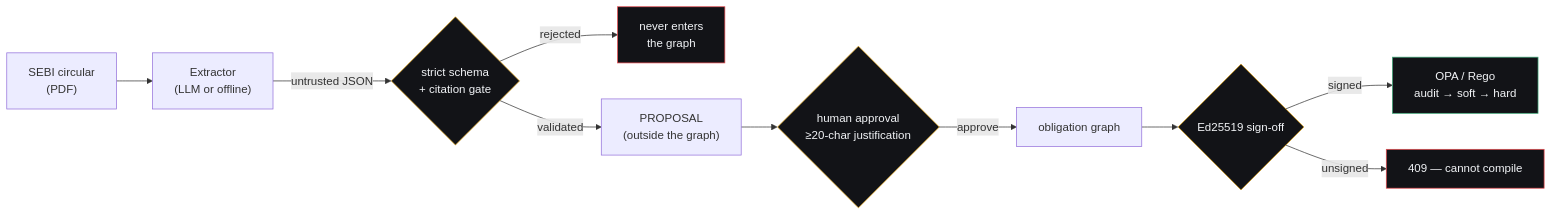
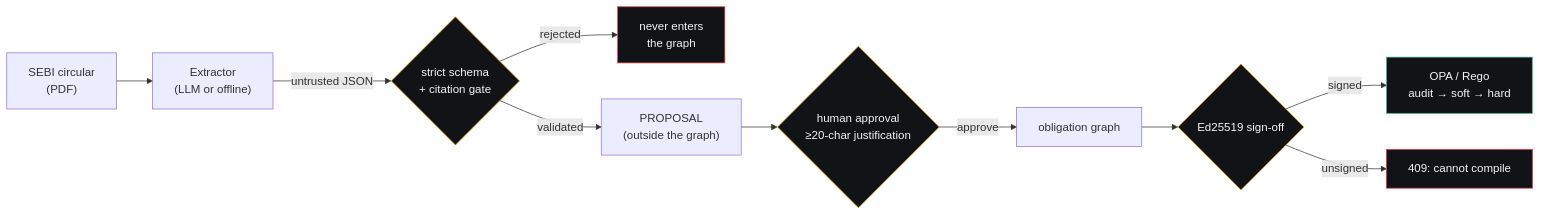
Before and after one commit to mridulbansal4/Chanakya: the first of 4 diagrams in README.md, drawn with Mermaid. The commit also changed other lines of this file and 9 other files, not shown here.

````diff
--- a/README.md
+++ b/README.md
@@ -104,18 +104,18 @@
 ```mermaid
 flowchart LR
     PDF["SEBI circular<br/>(PDF)"] --> EXT["Extractor<br/>(LLM or offline)"]
     EXT -->|"untrusted JSON"| VAL{"strict schema<br/>+ citation gate"}
     VAL -->|"rejected"| DROP["never enters<br/>the graph"]
     VAL -->|"validated"| PROP["PROPOSAL<br/>(outside the graph)"]
     PROP --> HUMAN{"human approval<br/>≥20-char justification"}
     HUMAN -->|"approve"| GRAPH["obligation graph"]
     GRAPH --> SIGN{"Ed25519 sign-off"}
     SIGN -->|"signed"| REGO["OPA / Rego<br/>audit → soft → hard"]
-    SIGN -->|"unsigned"| BLOCK["409 — cannot compile"]
+    SIGN -->|"unsigned"| BLOCK["409: cannot compile"]
     style VAL fill:#121317,stroke:#e0a215,color:#f2f4f7
     style HUMAN fill:#121317,stroke:#e0a215,color:#f2f4f7
     style SIGN fill:#121317,stroke:#e0a215,color:#f2f4f7
     style REGO fill:#121317,stroke:#3fa97a,color:#f2f4f7
     style DROP fill:#121317,stroke:#e5484d,color:#f2f4f7
     style BLOCK fill:#121317,stroke:#e5484d,color:#f2f4f7
 ```
````
